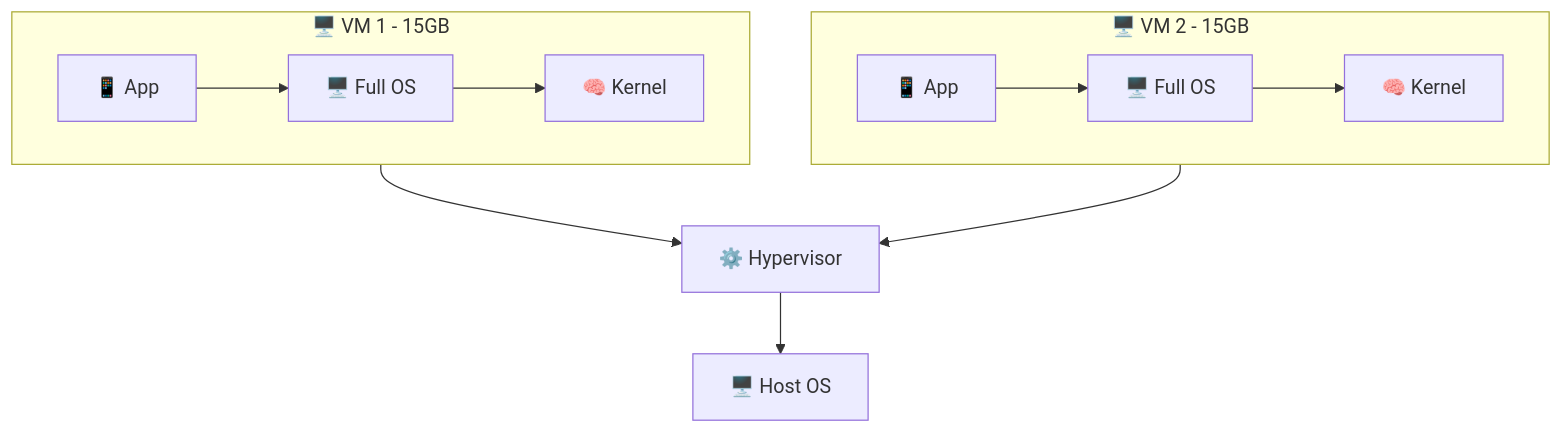
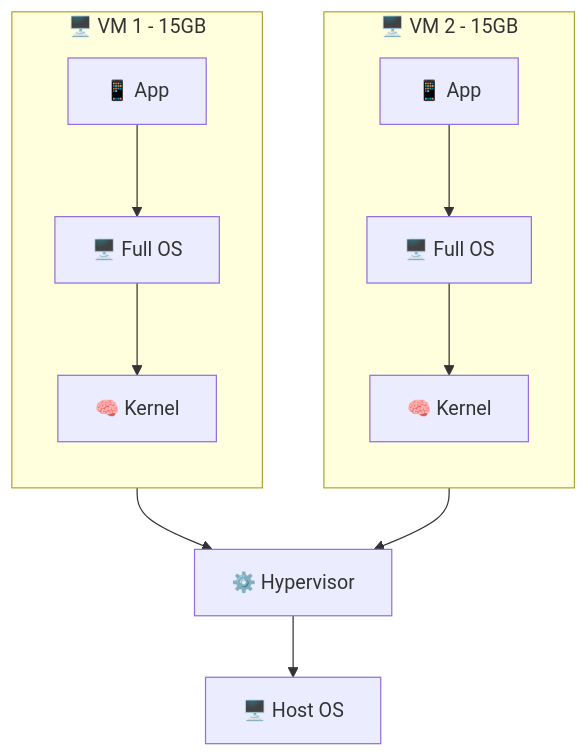
One commit to inno-devops-labs/DevOps-Core-Course changed the fourth of 23 diagrams in lectures/lec2.md. Above: the diagram before and after it, drawn with Mermaid. The commit also changed other lines of this file and 14 other files, not shown here.

First line of the commit message:
Merge pull request #3565 from LocalT0aster/fix-flowcharts

````diff
--- a/lectures/lec2.md
+++ b/lectures/lec2.md
@@ -123,14 +123,16 @@
 ```mermaid
 flowchart TD
-  subgraph VM1[🖥️ VM 1 - 15GB]
+  subgraph VM1["🖥️ VM 1 - 15GB"]
+    direction TD
     App1[📱 App] --> OS1[🖥️ Full OS]
     OS1 --> Kernel1[🧠 Kernel]
   end
-  subgraph VM2[🖥️ VM 2 - 15GB]
+  subgraph VM2["🖥️ VM 2 - 15GB"]
+    direction TD
     App2[📱 App] --> OS2[🖥️ Full OS]
     OS2 --> Kernel2[🧠 Kernel]
   end
   VM1 --> Hyper[⚙️ Hypervisor]
   VM2 --> Hyper
   Hyper --> Host[🖥️ Host OS]
 ```
````
